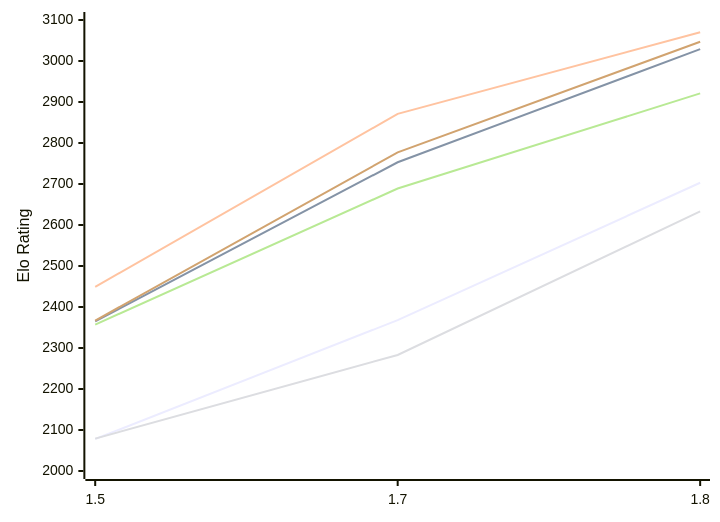
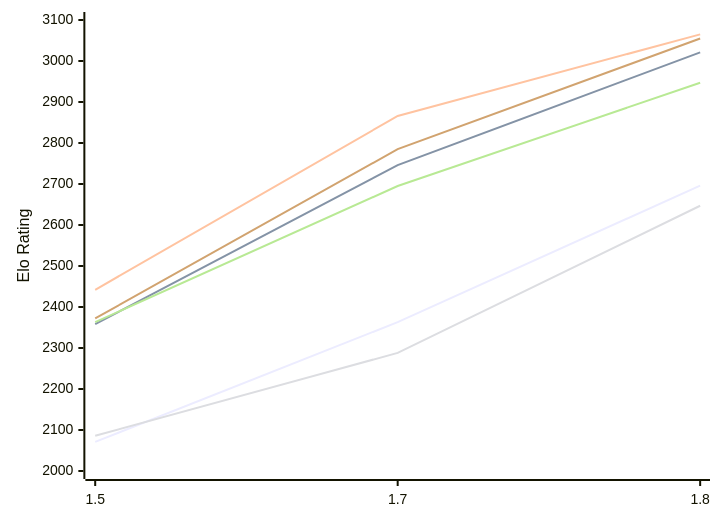
Before and after one commit to computer-chess-index/cci: the first of 2 diagrams in engines/Facon.md, drawn with Mermaid. The commit also changed other lines of this file, not shown here.

Commit message:
Update CCI Ratings (ELO VLTC) - 2026-11-18

````diff
--- a/engines/Facon.md
+++ b/engines/Facon.md
@@ -54,12 +54,12 @@
 ```mermaid
 %%{init: {"theme":"base","themeVariables":{"seriesColors:['#a3a3a3','#222221','#faa371']}}}%%
 xychart-beta
   x-axis ["1.5", "1.7", "1.8"]
   y-axis "Elo Rating" 2000 --> 3100
-  line "E1: STC (8.0+0.08s)" [2078, 2368, 2703]
-  line "E1: LTC (60.0+0.60s)" [2365, 2753, 3029]
-  line "E1: VLTC (2m24s+1.12s)" [2449, 2871, 3070]
-  line "P1: STC (8.0+0.08s)" [2079, 2283, 2633]
-  line "P1: LTC (60.0+0.60s)" [2357, 2689, 2921]
-  line "P1: VLTC (2m24s+1.12s)" [2367, 2777, 3047]
+  line "E1: STC (8.0+0.08s)" [2071, 2363, 2696]
+  line "E1: LTC (60.0+0.60s)" [2358, 2746, 3021]
+  line "E1: VLTC (2m24s+1.12s)" [2442, 2866, 3065]
+  line "P1: STC (8.0+0.08s)" [2086, 2288, 2647]
+  line "P1: LTC (60.0+0.60s)" [2363, 2695, 2947]
+  line "P1: VLTC (2m24s+1.12s)" [2372, 2785, 3055]
 ```
````
